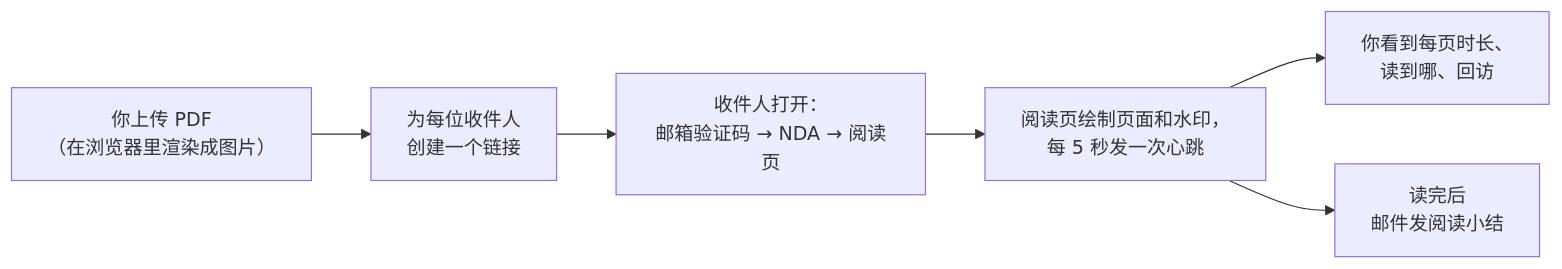
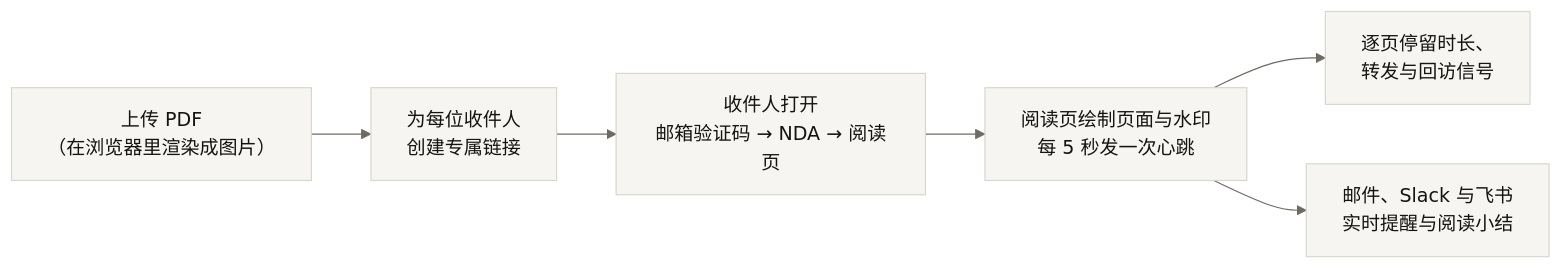
One commit to MurrayCMY/sendfolio changed the diagram in README.zh-CN.md. Above: the diagram before and after it, drawn with Mermaid. The commit also changed other lines of this file and 10 other files, not shown here.

````diff
--- a/README.zh-CN.md
+++ b/README.zh-CN.md
@@ -170,8 +218,9 @@
 ```mermaid
+%%{init: {'theme': 'base', 'themeVariables': { 'primaryColor': '#F6F5F1', 'primaryTextColor': '#141413', 'primaryBorderColor': '#D8D6CE', 'lineColor': '#6E6B63', 'secondaryColor': '#EFEEE8', 'tertiaryColor': '#FFFFFF' }}}%%
 flowchart LR
-    A["你上传 PDF<br/>（在浏览器里渲染成图片）"] --> B["为每位收件人<br/>创建一个链接"]
-    B --> C["收件人打开：<br/>邮箱验证码 → NDA → 阅读页"]
-    C --> D["阅读页绘制页面和水印，<br/>每 5 秒发一次心跳"]
-    D --> E["你看到每页时长、<br/>读到哪、回访"]
-    D --> F["读完后<br/>邮件发阅读小结"]
+    A["上传 PDF<br/>（在浏览器里渲染成图片）"] --> B["为每位收件人<br/>创建专属链接"]
+    B --> C["收件人打开<br/>邮箱验证码 → NDA → 阅读页"]
+    C --> D["阅读页绘制页面与水印<br/>每 5 秒发一次心跳"]
+    D --> E["逐页停留时长、<br/>转发与回访信号"]
+    D --> F["邮件、Slack 与飞书<br/>实时提醒与阅读小结"]
 ```
````
